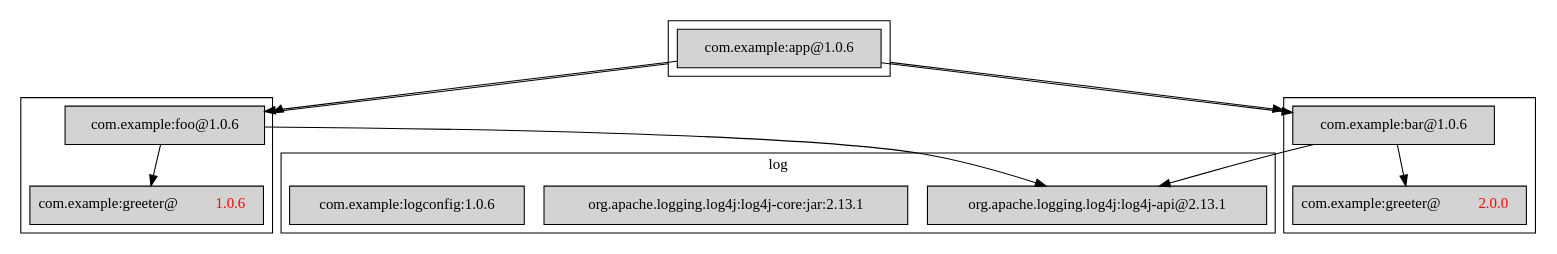
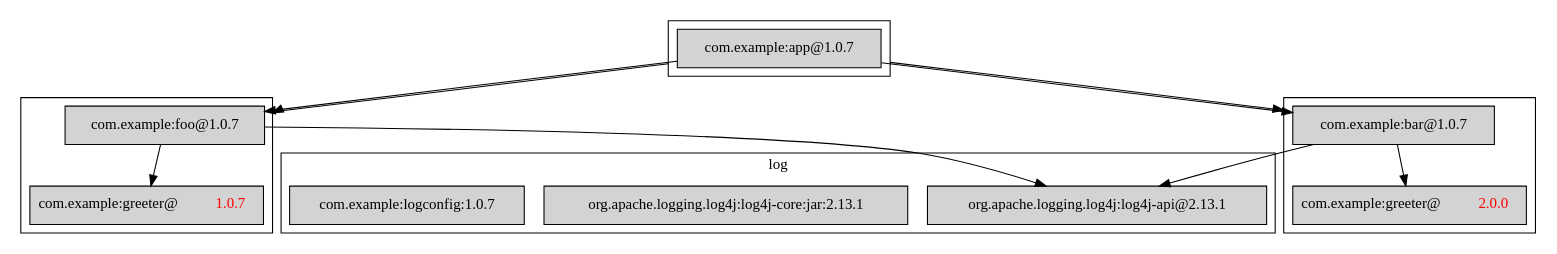
Before and after one commit to aalmiray/playground: the diagram in images/example.dot, drawn with Graphviz. The commit also changed 8 other files, not shown here.

```diff
--- a/images/example.dot
+++ b/images/example.dot
@@ -1,45 +1,45 @@
 
 
 
 digraph "package dependencies"
 {
     node [shape=box]
     compound=true;
     
     subgraph cluster_log {
         node [style=filled];
     	"org.apache.logging.log4j:log4j-api@2.13.1"
     	"org.apache.logging.log4j:log4j-core:jar:2.13.1"
-        "com.example:logconfig:1.0.6"
+        "com.example:logconfig:1.0.7"
     	label = "log";
     }
     
     subgraph cluster_foo {
         node [style=filled];
         
         
-        "com.example:foo@1.0.6";
-        "com.example:greeter@1.0.6" [label=<com.example:greeter@<font color='red'>1.0.6</font>>];
+        "com.example:foo@1.0.7";
+        "com.example:greeter@1.0.7" [label=<com.example:greeter@<font color='red'>1.0.7</font>>];
         
-        "com.example:foo@1.0.6" -> "org.apache.logging.log4j:log4j-api@2.13.1";
-        "com.example:foo@1.0.6" -> "com.example:greeter@1.0.6";
+        "com.example:foo@1.0.7" -> "org.apache.logging.log4j:log4j-api@2.13.1";
+        "com.example:foo@1.0.7" -> "com.example:greeter@1.0.7";
     }
     
     subgraph cluster_bar {
         node [style=filled];
         
         "com.example:greeter@2.0.0" [label=<com.example:greeter@<font color='red'>2.0.0</font>>];
-        "com.example:bar@1.0.6" -> "org.apache.logging.log4j:log4j-api@2.13.1";
-        "com.example:bar@1.0.6" -> "com.example:greeter@2.0.0";
+        "com.example:bar@1.0.7" -> "org.apache.logging.log4j:log4j-api@2.13.1";
+        "com.example:bar@1.0.7" -> "com.example:greeter@2.0.0";
     }
     
     subgraph cluster_app {
         node [style=filled];
         
-        "com.example:app@1.0.6"  -> "com.example:foo@1.0.6";
-        "com.example:app@1.0.6"  -> "com.example:bar@1.0.6";
+        "com.example:app@1.0.7"  -> "com.example:foo@1.0.7";
+        "com.example:app@1.0.7"  -> "com.example:bar@1.0.7";
         
-        "com.example:app@1.0.6"  -> "com.example:foo@1.0.6" [ltail=cluster_app,lhead=cluster_foo];
-        "com.example:app@1.0.6"  -> "com.example:bar@1.0.6" [ltail=cluster_app,lhead=cluster_bar];
+        "com.example:app@1.0.7"  -> "com.example:foo@1.0.7" [ltail=cluster_app,lhead=cluster_foo];
+        "com.example:app@1.0.7"  -> "com.example:bar@1.0.7" [ltail=cluster_app,lhead=cluster_bar];
     }
 }
```
